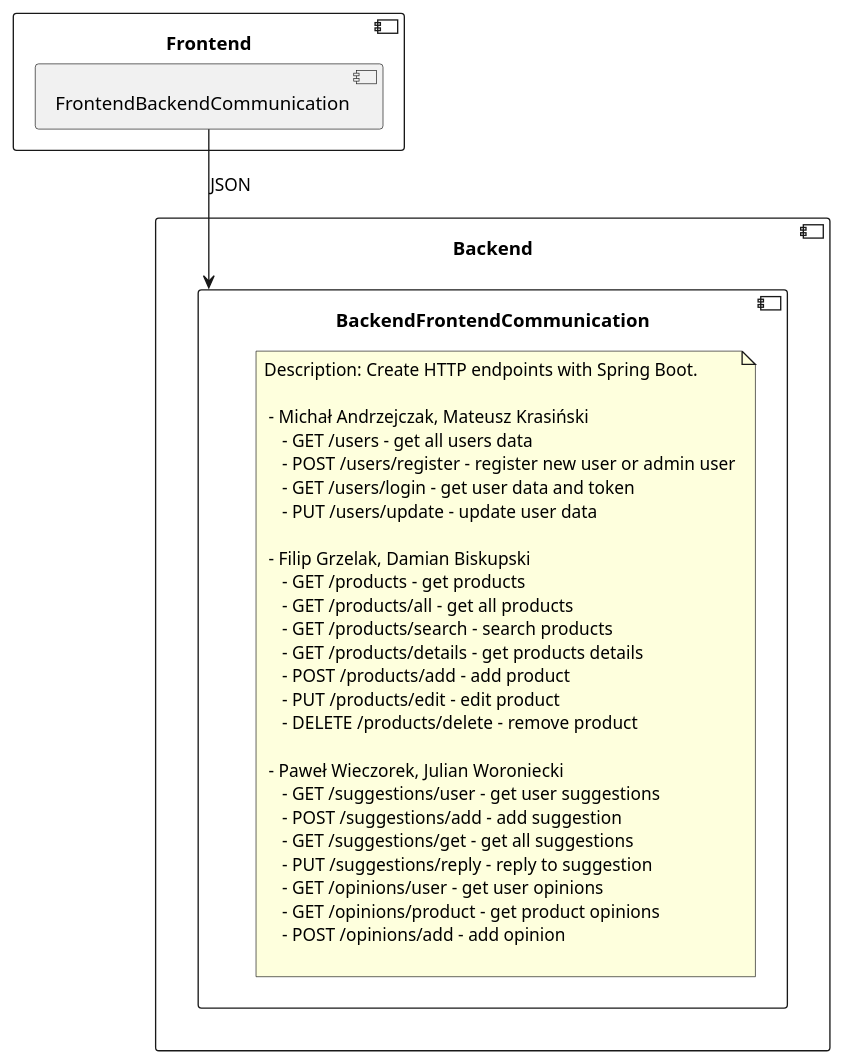
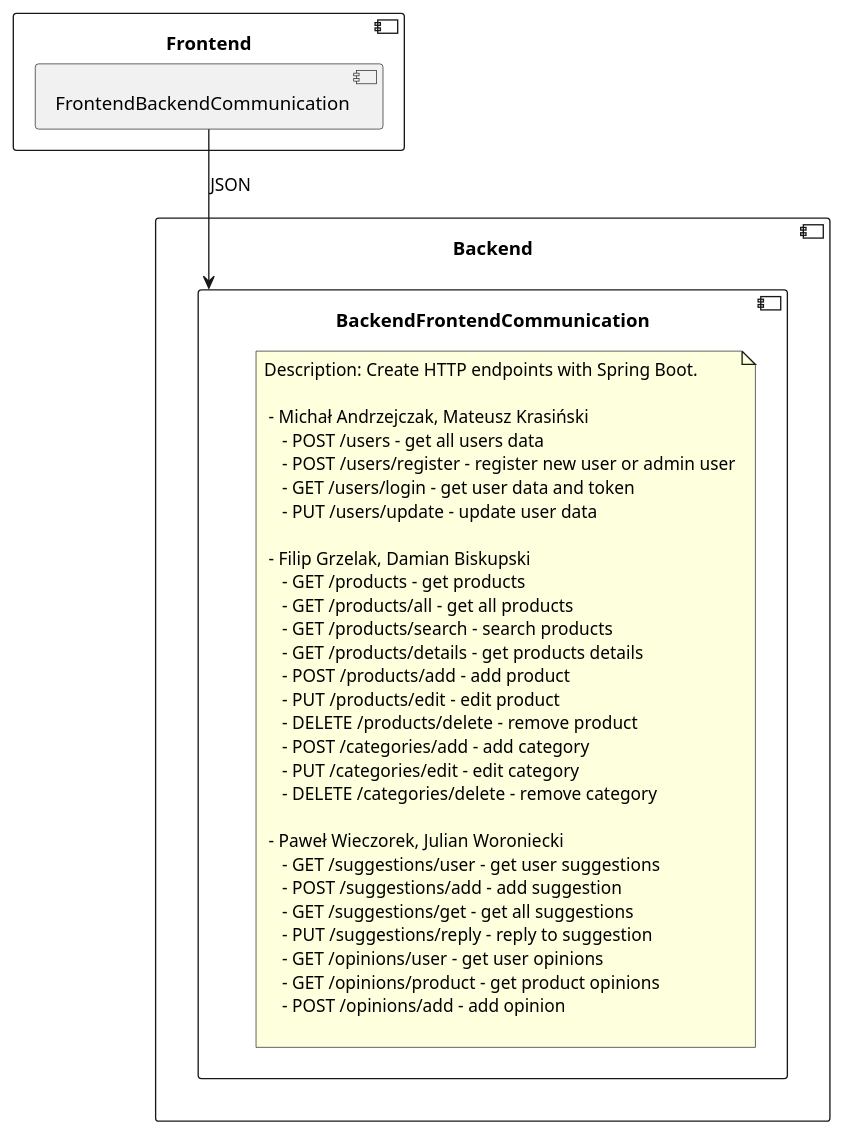
The diagram in backend/BackendFrontendCommunication.md (RadekBucki/OpinionCollectorArchitecture), drawn with PlantUML before and after one commit. The commit also changed 1 other file, not shown here.

Commit message:
Add categories and change /users/login to POST

````diff
--- a/backend/BackendFrontendCommunication.md
+++ b/backend/BackendFrontendCommunication.md
@@ -3,46 +3,49 @@
 ```plantuml
 @startuml
     
 component Frontend {
     
     component FrontendBackendCommunication {
     }
 }
 
 component Backend {
     component BackendFrontendCommunication {
         note as Description
             Description: Create HTTP endpoints with Spring Boot.
             
              - Michał Andrzejczak, Mateusz Krasiński
-                - GET /users - get all users data
+                - POST /users - get all users data
                 - POST /users/register - register new user or admin user
                 - GET /users/login - get user data and token
                 - PUT /users/update - update user data
                 
              - Filip Grzelak, Damian Biskupski
                 - GET /products - get products
                 - GET /products/all - get all products
                 - GET /products/search - search products
                 - GET /products/details - get products details
                 - POST /products/add - add product
                 - PUT /products/edit - edit product
                 - DELETE /products/delete - remove product
+                - POST /categories/add - add category
+                - PUT /categories/edit - edit category
+                - DELETE /categories/delete - remove category
                 
              - Paweł Wieczorek, Julian Woroniecki
                 - GET /suggestions/user - get user suggestions
                 - POST /suggestions/add - add suggestion
                 - GET /suggestions/get - get all suggestions
                 - PUT /suggestions/reply - reply to suggestion
                 - GET /opinions/user - get user opinions
                 - GET /opinions/product - get product opinions
                 - POST /opinions/add - add opinion
                 
         endnote
     }
 }
 
 FrontendBackendCommunication --> BackendFrontendCommunication: JSON
 
 @enduml 
 ```
````
